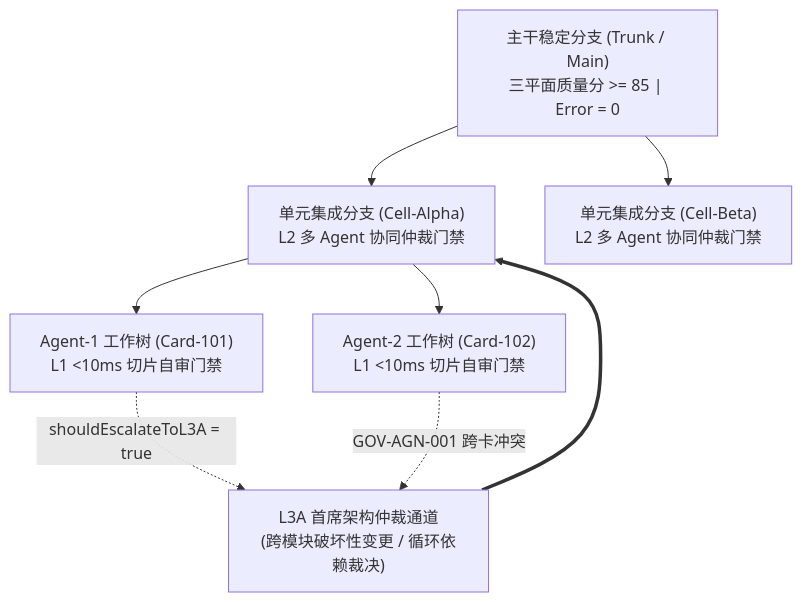
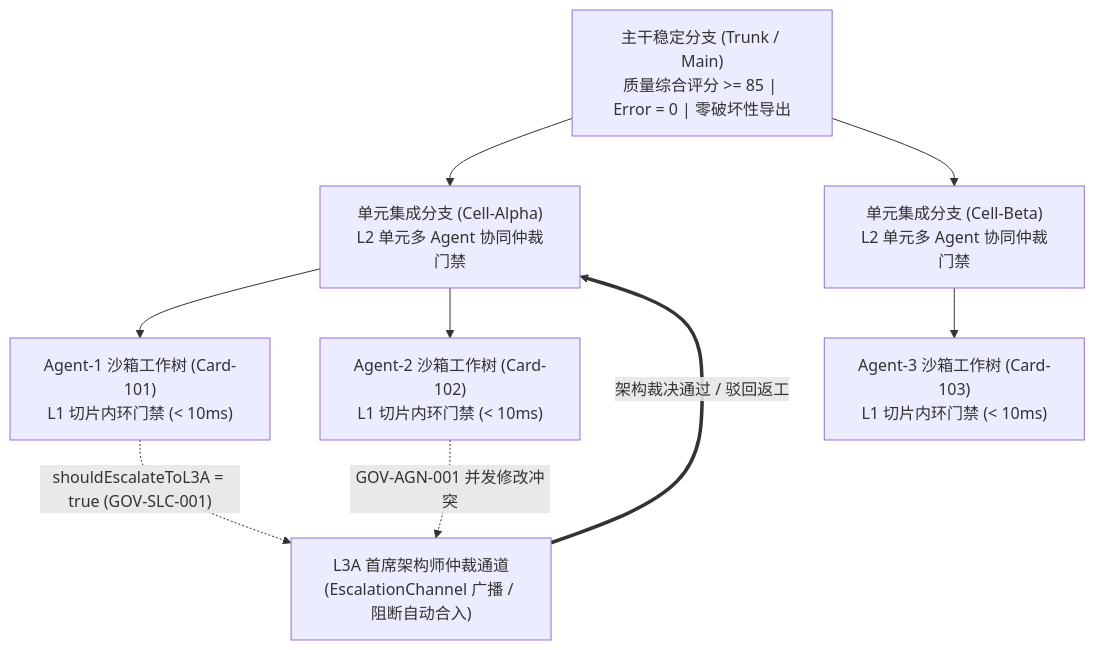
Before and after one commit to guilingzhouyi-creator/vscode-extensions: the first of 5 diagrams in auto-refactor/docs/01-architecture/04-praxis-git-fractal-and-gating-spec.md, drawn with Mermaid. The commit also changed other lines of this file and 28 other files, not shown here.

First line of the commit message:
docs(architecture): 全量对齐系统架构与规则体系技术文档

````diff
--- a/auto-refactor/docs/01-architecture/04-praxis-git-fractal-and-gating-spec.md
+++ b/auto-refactor/docs/01-architecture/04-praxis-git-fractal-and-gating-spec.md
@@ -12,17 +12,19 @@
 ```mermaid
 flowchart TD
-    TRUNK["主干稳定分支 (Trunk / Main)<br/>三平面质量分 >= 85 | Error = 0"]
-    CELL_A["单元集成分支 (Cell-Alpha)<br/>L2 多 Agent 协同仲裁门禁"]
-    CELL_B["单元集成分支 (Cell-Beta)<br/>L2 多 Agent 协同仲裁门禁"]
-    CARD_1["Agent-1 工作树 (Card-101)<br/>L1 <10ms 切片自审门禁"]
-    CARD_2["Agent-2 工作树 (Card-102)<br/>L1 <10ms 切片自审门禁"]
-    L3A["L3A 首席架构仲裁通道<br/>(跨模块破坏性变更 / 循环依赖裁决)"]
+  TRUNK["主干稳定分支 (Trunk / Main)<br/>质量综合评分 >= 85 | Error = 0 | 零破坏性导出"]
+  CELL_A["单元集成分支 (Cell-Alpha)<br/>L2 单元多 Agent 协同仲裁门禁"]
+  CELL_B["单元集成分支 (Cell-Beta)<br/>L2 单元多 Agent 协同仲裁门禁"]
+  CARD_1["Agent-1 沙箱工作树 (Card-101)<br/>L1 切片内环门禁 (< 10ms)"]
+  CARD_2["Agent-2 沙箱工作树 (Card-102)<br/>L1 切片内环门禁 (< 10ms)"]
+  CARD_3["Agent-3 沙箱工作树 (Card-103)<br/>L1 切片内环门禁 (< 10ms)"]
+  L3A["L3A 首席架构师仲裁通道<br/>(EscalationChannel 广播 / 阻断自动合入)"]
 
-    TRUNK --> CELL_A
-    TRUNK --> CELL_B
-    CELL_A --> CARD_1
-    CELL_A --> CARD_2
-    CARD_1 -. "shouldEscalateToL3A = true" .-> L3A
-    CARD_2 -. "GOV-AGN-001 跨卡冲突" .-> L3A
-    L3A ==> CELL_A
+  TRUNK --> CELL_A
+  TRUNK --> CELL_B
+  CELL_A --> CARD_1
+  CELL_A --> CARD_2
+  CELL_B --> CARD_3
+  CARD_1 -. "shouldEscalateToL3A = true (GOV-SLC-001)" .-> L3A
+  CARD_2 -. "GOV-AGN-001 并发修改冲突" .-> L3A
+  L3A ==>|"架构裁决通过 / 驳回返工"| CELL_A
 ```
````
